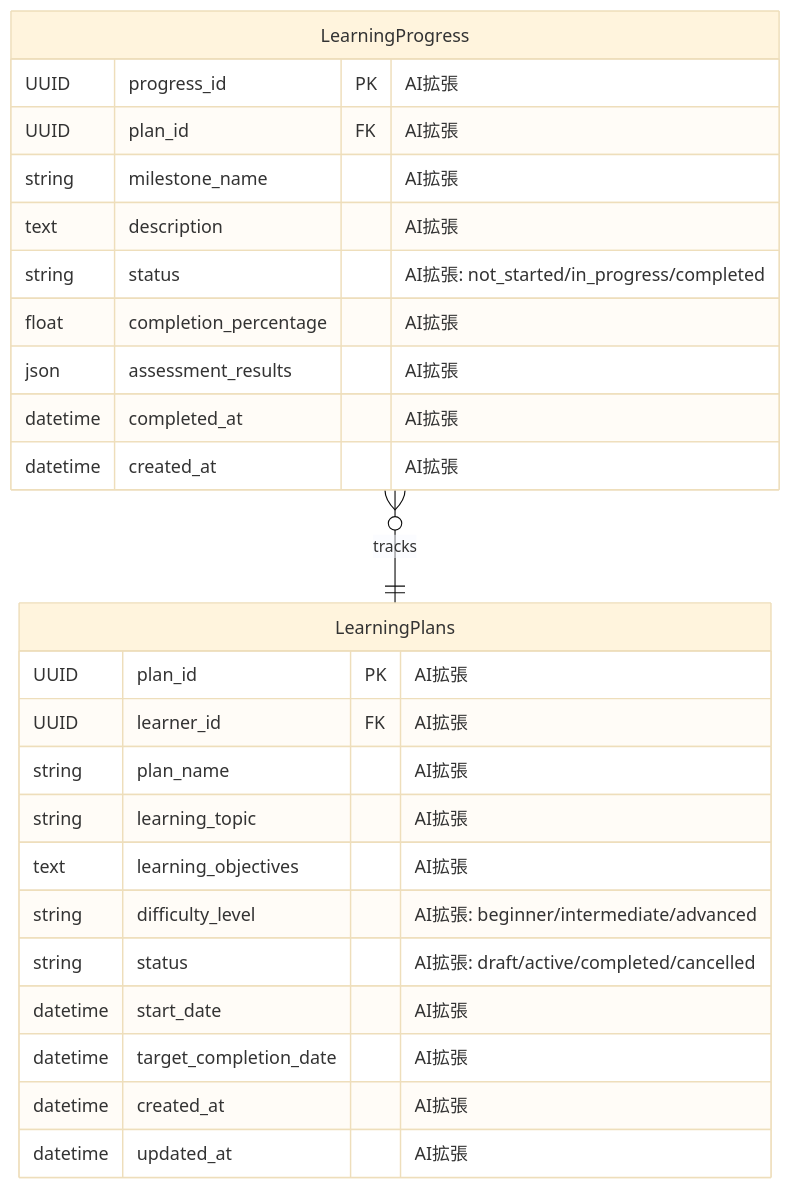
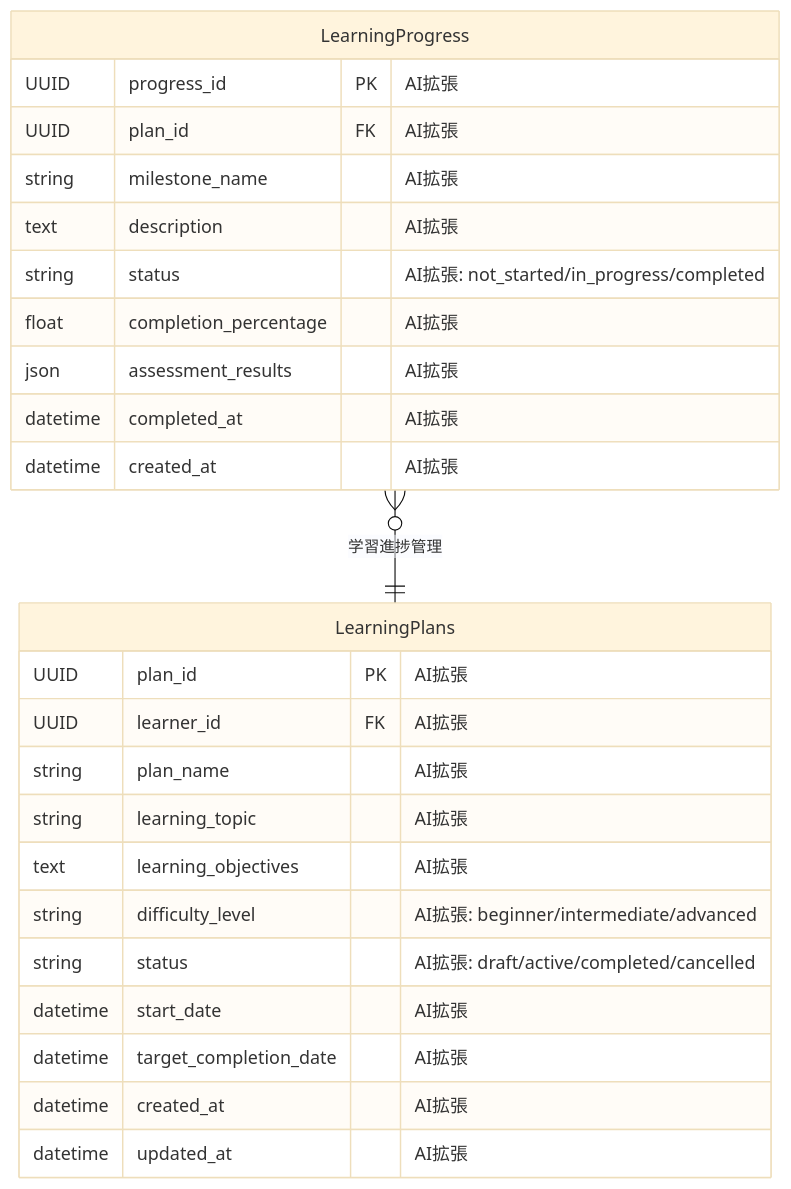
One commit to daichiTAAA/AgentOpsPlatform changed diagram 23 of 29 in docs/030000_設計/035000_データ設計/035010_ER図.md. Above: the diagram before and after it, drawn with Mermaid (base theme). The commit also changed other lines of this file, not shown here.

````diff
--- a/docs/030000_設計/035000_データ設計/035010_ER図.md
+++ b/docs/030000_設計/035000_データ設計/035010_ER図.md
@@ -953,31 +1178,31 @@
 ```mermaid
 erDiagram
     LearningProgress {
         UUID progress_id PK "AI拡張"
         UUID plan_id FK "AI拡張"
         string milestone_name "AI拡張"
         text description "AI拡張"
         string status "AI拡張: not_started/in_progress/completed"
         float completion_percentage "AI拡張"
         json assessment_results "AI拡張"
         datetime completed_at "AI拡張"
         datetime created_at "AI拡張"
     }
 
     LearningPlans {
         UUID plan_id PK "AI拡張"
         UUID learner_id FK "AI拡張"
         string plan_name "AI拡張"
         string learning_topic "AI拡張"
         text learning_objectives "AI拡張"
         string difficulty_level "AI拡張: beginner/intermediate/advanced"
         string status "AI拡張: draft/active/completed/cancelled"
         datetime start_date "AI拡張"
         datetime target_completion_date "AI拡張"
         datetime created_at "AI拡張"
         datetime updated_at "AI拡張"
     }
     
 
-    LearningProgress }o--|| LearningPlans : tracks
+    LearningProgress }o--|| LearningPlans : "学習進捗管理"
 ```
````
